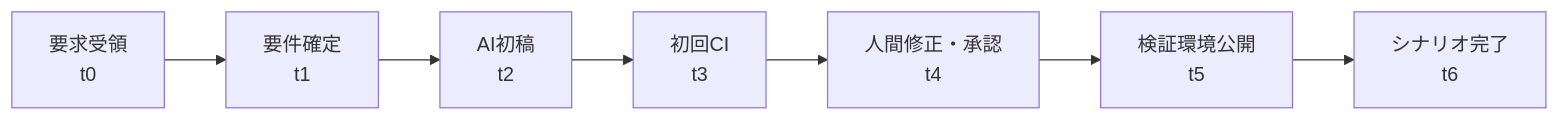
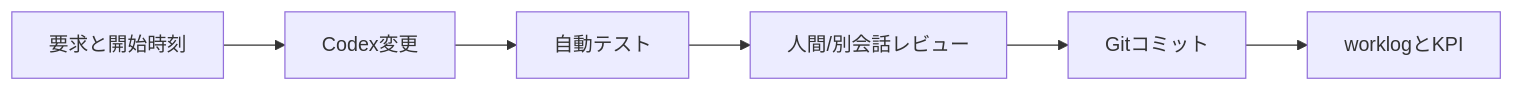
Before and after one commit to tatsumasanakamura-max/Platform: the diagram in docs/11_change_scenarios.md, drawn with Mermaid. The commit also changed other lines of this file and 16 other files, not shown here.

````diff
--- a/docs/11_change_scenarios.md
+++ b/docs/11_change_scenarios.md
@@ -62,9 +29,8 @@
 ```mermaid
 flowchart LR
-  A[要求受領<br/>t0] --> B[要件確定<br/>t1]
-  B --> C[AI初稿<br/>t2]
-  C --> D[初回CI<br/>t3]
-  D --> E[人間修正・承認<br/>t4]
-  E --> F[検証環境公開<br/>t5]
-  F --> G[シナリオ完了<br/>t6]
+  R[要求と開始時刻] --> C[Codex変更]
+  C --> T[自動テスト]
+  T --> V[人間/別会話レビュー]
+  V --> G[Gitコミット]
+  G --> L[worklogとKPI]
 ```
````
